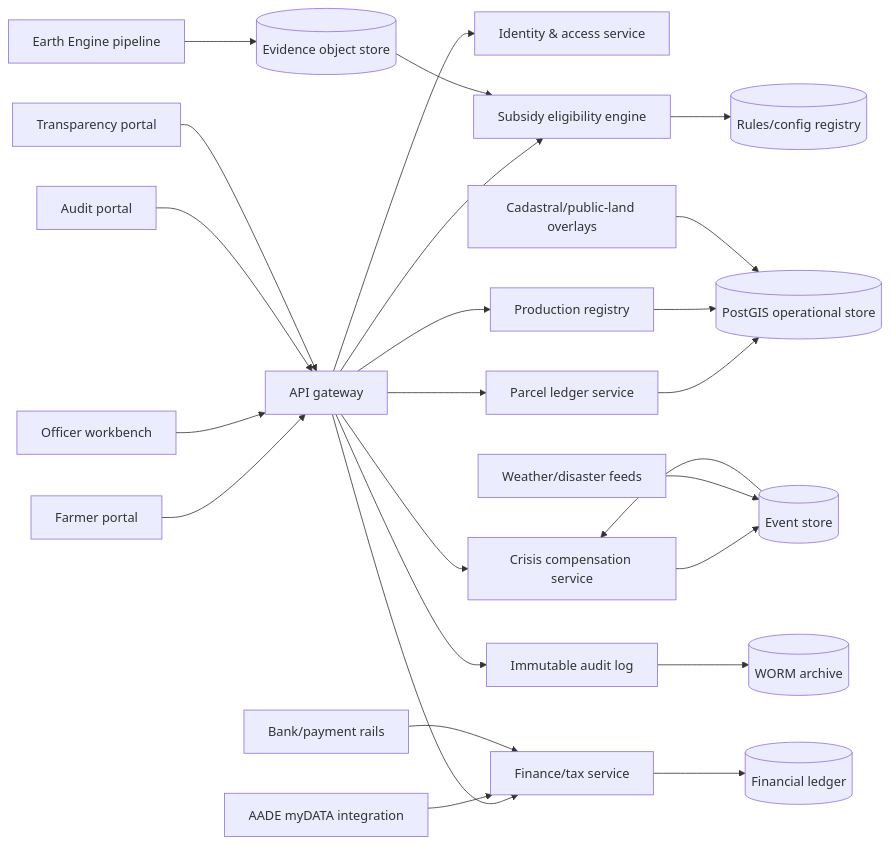
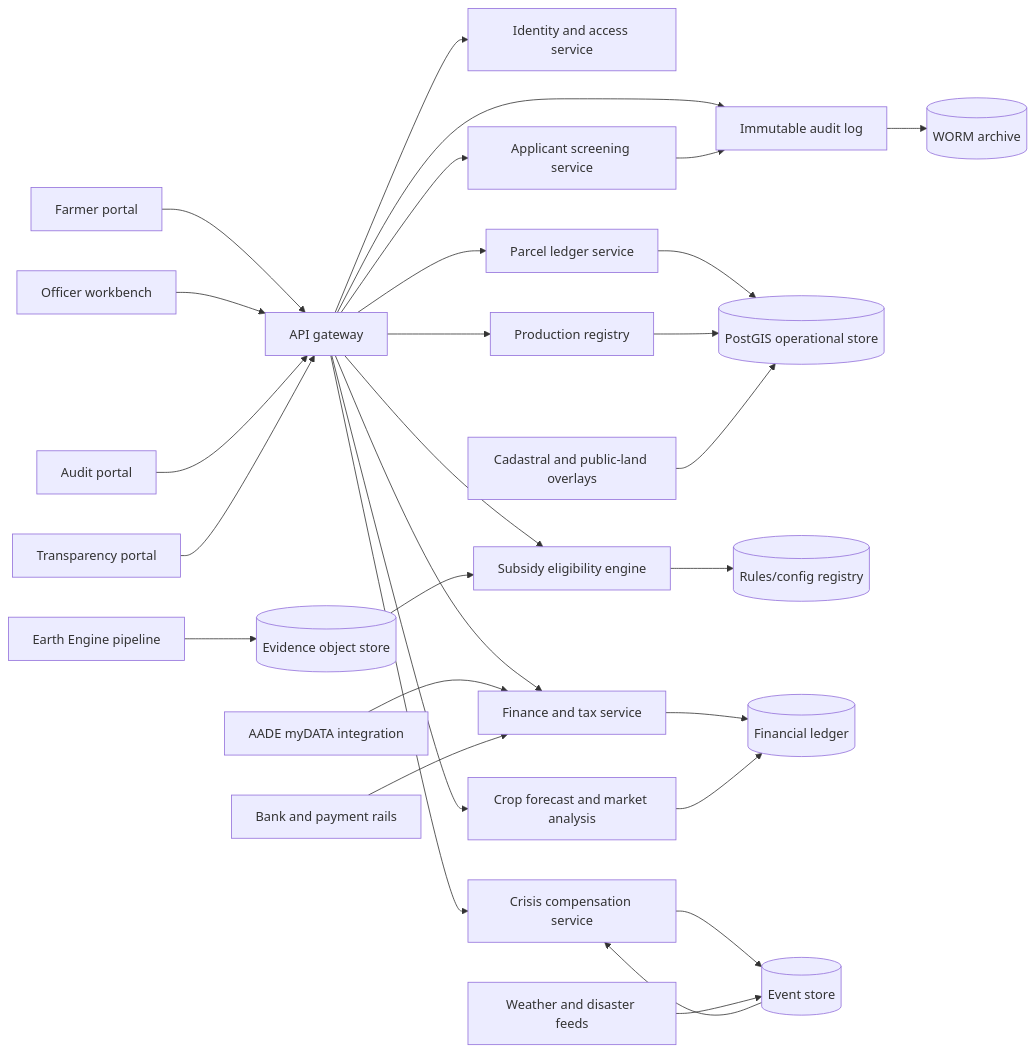
The diagram in docs/architecture.md (EvripidisMokkas/OPEKEPE-SYSTEM-main), drawn with Mermaid before and after one commit. The commit also changed other lines of this file and 3 other files, not shown here.

````diff
--- a/docs/architecture.md
+++ b/docs/architecture.md
@@ -5,31 +5,35 @@
 ```mermaid
 flowchart LR
     Farmer[Farmer portal] --> API[API gateway]
     Officer[Officer workbench] --> API
     Auditor[Audit portal] --> API
     Public[Transparency portal] --> API
 
-    API --> Identity[Identity & access service]
+    API --> Identity[Identity and access service]
+    API --> Screening[Applicant screening service]
     API --> Parcel[Parcel ledger service]
     API --> Production[Production registry]
     API --> Subsidy[Subsidy eligibility engine]
-    API --> Finance[Finance/tax service]
+    API --> Finance[Finance and tax service]
+    API --> Forecast[Crop forecast and market analysis]
     API --> Crisis[Crisis compensation service]
     API --> Audit[Immutable audit log]
 
+    Screening --> Audit
     Parcel --> PostGIS[(PostGIS operational store)]
     Production --> PostGIS
     Subsidy --> Rules[(Rules/config registry)]
     Finance --> Ledger[(Financial ledger)]
+    Forecast --> Ledger
     Crisis --> EventStore[(Event store)]
 
     Satellite[Earth Engine pipeline] --> Evidence[(Evidence object store)]
-    Weather[Weather/disaster feeds] --> EventStore
-    Cadastral[Cadastral/public-land overlays] --> PostGIS
+    Weather[Weather and disaster feeds] --> EventStore
+    Cadastral[Cadastral and public-land overlays] --> PostGIS
     Tax[AADE myDATA integration] --> Finance
-    Payments[Bank/payment rails] --> Finance
+    Payments[Bank and payment rails] --> Finance
 
     Evidence --> Subsidy
     EventStore --> Crisis
     Audit --> Archive[(WORM archive)]
 ```
````
